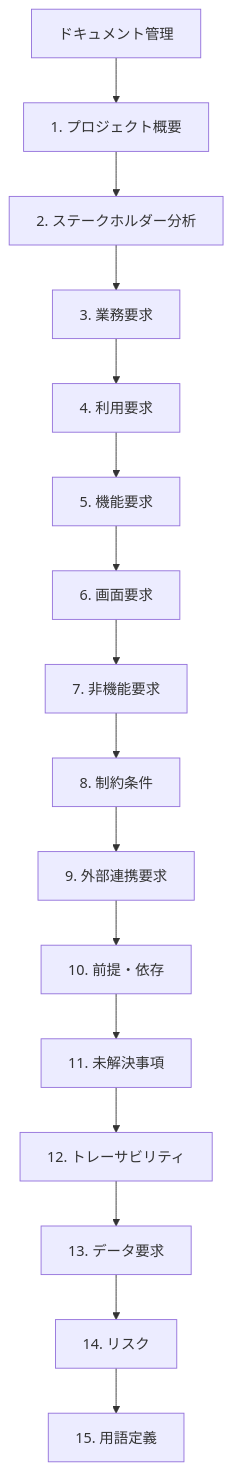
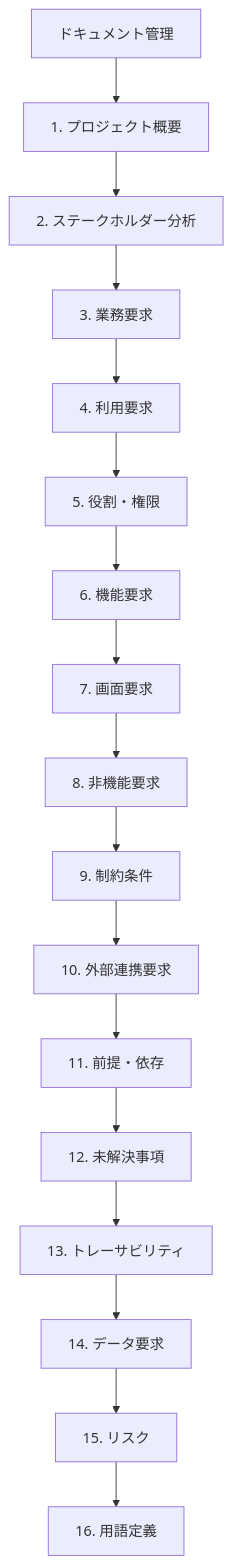
One commit to shioki/requirements-to-spec-template changed the first of 2 diagrams in template.md. Above: the diagram before and after it, drawn with Mermaid. The commit also changed other lines of this file and 8 other files, not shown here.

````diff
--- a/template.md
+++ b/template.md
@@ -27,18 +28,19 @@
 ```mermaid
 flowchart TD
   docControl["ドキュメント管理"] --> projectOverview["1. プロジェクト概要"]
   projectOverview --> stakeholderAnalysis["2. ステークホルダー分析"]
   stakeholderAnalysis --> businessReq["3. 業務要求"]
   businessReq --> userCases["4. 利用要求"]
-  userCases --> functionalReq["5. 機能要求"]
-  functionalReq --> uiRequirements["6. 画面要求"]
-  uiRequirements --> nonFunctionalReq["7. 非機能要求"]
-  nonFunctionalReq --> constraints["8. 制約条件"]
-  constraints --> interfaces["9. 外部連携要求"]
-  interfaces --> assumptions["10. 前提・依存"]
-  assumptions --> openIssues["11. 未解決事項"]
-  openIssues --> traceability["12. トレーサビリティ"]
-  traceability --> dataReq["13. データ要求"]
-  dataReq --> risks["14. リスク"]
-  risks --> glossary["15. 用語定義"]
+  userCases --> roles["5. 役割・権限"]
+  roles --> functionalReq["6. 機能要求"]
+  functionalReq --> uiRequirements["7. 画面要求"]
+  uiRequirements --> nonFunctionalReq["8. 非機能要求"]
+  nonFunctionalReq --> constraints["9. 制約条件"]
+  constraints --> interfaces["10. 外部連携要求"]
+  interfaces --> assumptions["11. 前提・依存"]
+  assumptions --> openIssues["12. 未解決事項"]
+  openIssues --> traceability["13. トレーサビリティ"]
+  traceability --> dataReq["14. データ要求"]
+  dataReq --> risks["15. リスク"]
+  risks --> glossary["16. 用語定義"]
 ```
````
